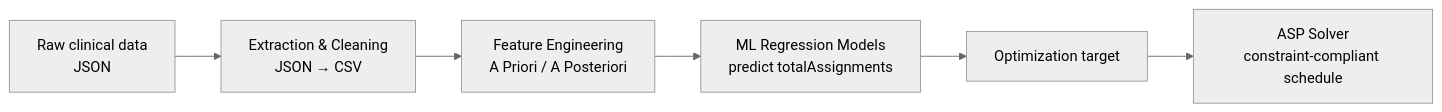
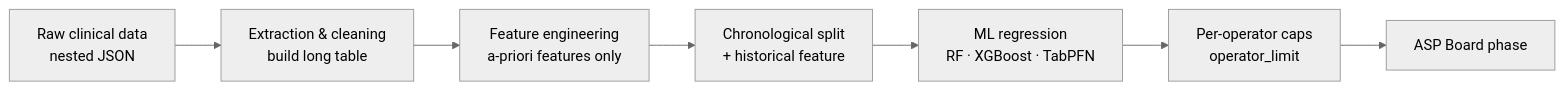
One commit to MatteoMammoliti/rehab-scheduling-optimization-with-ml changed the diagram in README.md. Above: the diagram before and after it, drawn with Mermaid (neutral theme). The commit also changed other lines of this file, not shown here.

Commit message:
Phase 1: preprocessing for estimating assignments per operator

````diff
--- a/README.md
+++ b/README.md
@@ -46,8 +39,9 @@
 ```mermaid
 flowchart LR
-    A[Raw clinical data<br/>JSON] --> B[Extraction & Cleaning<br/>JSON → CSV]
-    B --> C[Feature Engineering<br/>A Priori / A Posteriori]
-    C --> D[ML Regression Models<br/>predict totalAssignments]
-    D --> E[Optimization target]
-    E --> F[ASP Solver<br/>constraint-compliant schedule]
+    A[Raw clinical data<br/>nested JSON] --> B[Extraction & cleaning<br/>build long table]
+    B --> C[Feature engineering<br/>a-priori features only]
+    C --> D[Chronological split<br/>+ historical feature]
+    D --> E[ML regression<br/>RF · XGBoost · TabPFN]
+    E --> F[Per-operator caps<br/>operator_limit]
+    F --> G[ASP Board phase]
 ```
````
